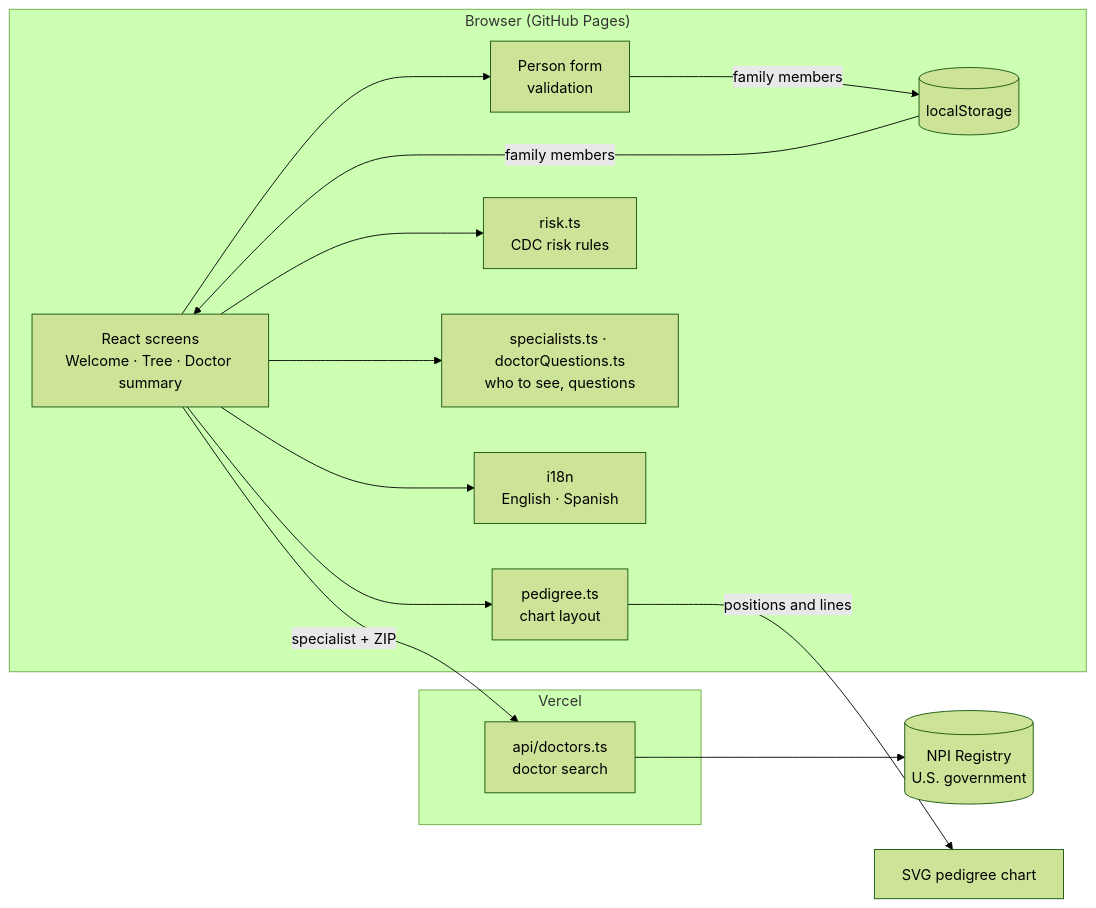
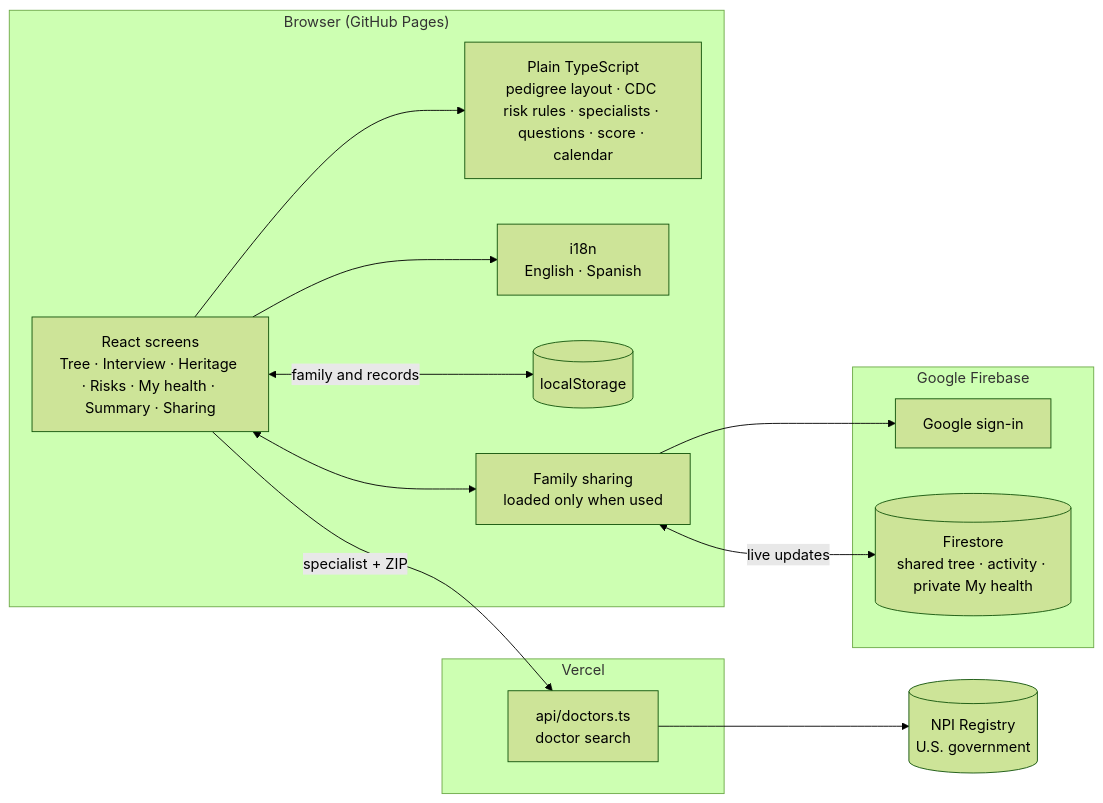
One commit to maharanariddhi/family-health-tree changed the diagram in README.md. Above: the diagram before and after it, drawn with Mermaid (forest theme). The commit also changed other lines of this file and 6 other files, not shown here.

Commit message:
Deploy Family Health Tree

````diff
--- a/README.md
+++ b/README.md
@@ -47,26 +83,26 @@
 ```mermaid
 flowchart LR
     subgraph Browser["Browser (GitHub Pages)"]
-        UI["React screens<br/>Welcome · Tree · Doctor summary"]
-        Form["Person form<br/>validation"]
-        Layout["pedigree.ts<br/>chart layout"]
-        Risk["risk.ts<br/>CDC risk rules"]
-        Advice["specialists.ts · doctorQuestions.ts<br/>who to see, questions"]
+        UI["React screens<br/>Tree · Interview · Heritage · Risks · My health · Summary · Sharing"]
+        Logic["Plain TypeScript<br/>pedigree layout · CDC risk rules · specialists · questions · score · calendar"]
         Text["i18n<br/>English · Spanish"]
         Store[("localStorage")]
+        Sync["Family sharing<br/>loaded only when used"]
     end
     subgraph Vercel["Vercel"]
         Api["api/doctors.ts<br/>doctor search"]
     end
+    subgraph Firebase["Google Firebase"]
+        Auth["Google sign-in"]
+        DB[("Firestore<br/>shared tree · activity · private My health")]
+    end
     NPI[("NPI Registry<br/>U.S. government")]
-    UI --> Form
-    Form -->|"family members"| Store
-    Store -->|"family members"| UI
-    UI --> Layout
-    UI --> Risk
-    UI --> Advice
+    UI --> Logic
     UI --> Text
-    Layout -->|"positions and lines"| SVG["SVG pedigree chart"]
+    UI <-->|"family and records"| Store
     UI -->|"specialist + ZIP"| Api
     Api --> NPI
+    UI <--> Sync
+    Sync --> Auth
+    Sync <-->|"live updates"| DB
 ```
````
